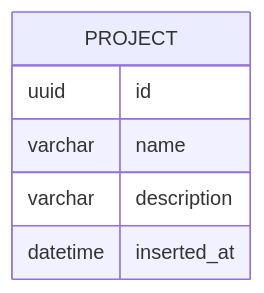
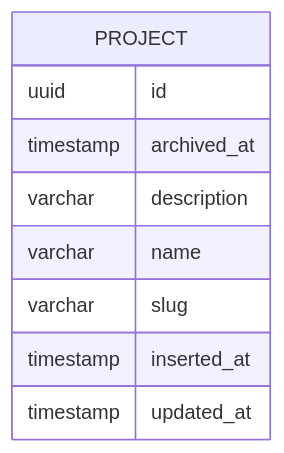
Before and after one commit to stsh89/metropolis: the second of 3 diagrams in docs/src/projects/project.md, drawn with Mermaid. The commit also changed other lines of this file and 8 other files, not shown here.

````diff
--- a/docs/src/projects/project.md
+++ b/docs/src/projects/project.md
@@ -25,9 +15,12 @@
 ```mermaid
 erDiagram
     PROJECT {
         uuid id
+        timestamp archived_at
+        varchar description
         varchar name
-        varchar description
-        datetime inserted_at
+        varchar slug
+        timestamp inserted_at
+        timestamp updated_at
     }
 ```
````
